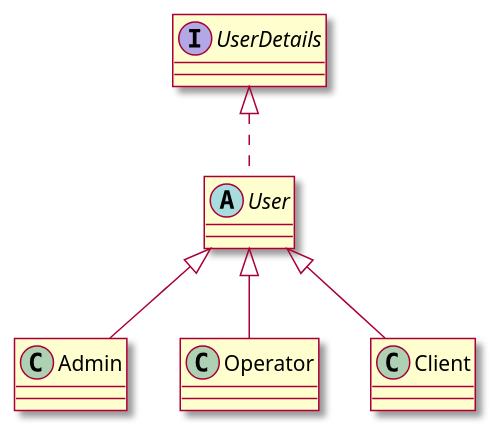
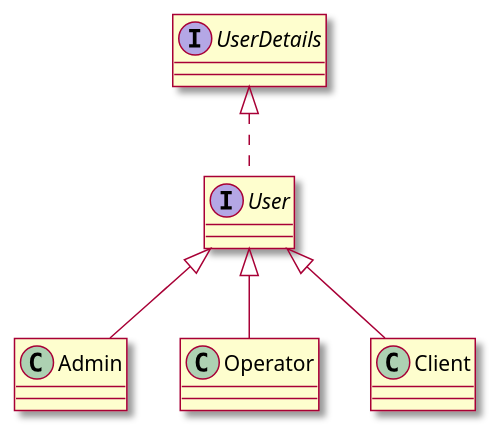
One commit to OnlineSystemGroupA/backend changed the diagram in plantuml/user.puml. Above: the diagram before and after it, drawn with PlantUML. The commit also changed 254 other files, not shown here.

```diff
--- a/plantuml/user.puml
+++ b/plantuml/user.puml
@@ -1,30 +1,54 @@
 @startuml
 'https://plantuml.com/class-diagram
 
 skin rose
 
 interface UserDetails
-abstract class User {
-'    - uid
-'    - username
-'    - password
-'    - authorities
+interface  User {
+'    - getRealName()
+'    - getUid()
+'    - void addProcessInstance(String)
+'    - Set<String> getProcessInstances()
 '    - email
 }
-
+'String getEmail();
+'
+'    /**
+'     * 获取用户姓名
+'     */
+'    String ;
+'
+'    /**
+'     * 获取用户 ID
+'     */
+'    String ;
+'
+'    default void  {}
+'
+'    default void addProcessRecord(String processInstanceId) {}
+'
+'    Set<String> getProcessInstances();
+'
+'    int getProcessesCount();
+'
+'    default int getProcessRecordCount(){return 0;};
+'
+'    boolean hasProcessInstance(String processId);
+'
+'    default boolean hasProcessRecord(String processId){return false;};
 
 class Admin
 
 class Operator
 
 class Client
 
 UserDetails <|.. User
 
 User <|-- Admin
 
 User <|-- Operator
 
 User <|-- Client
 
 @enduml
```
